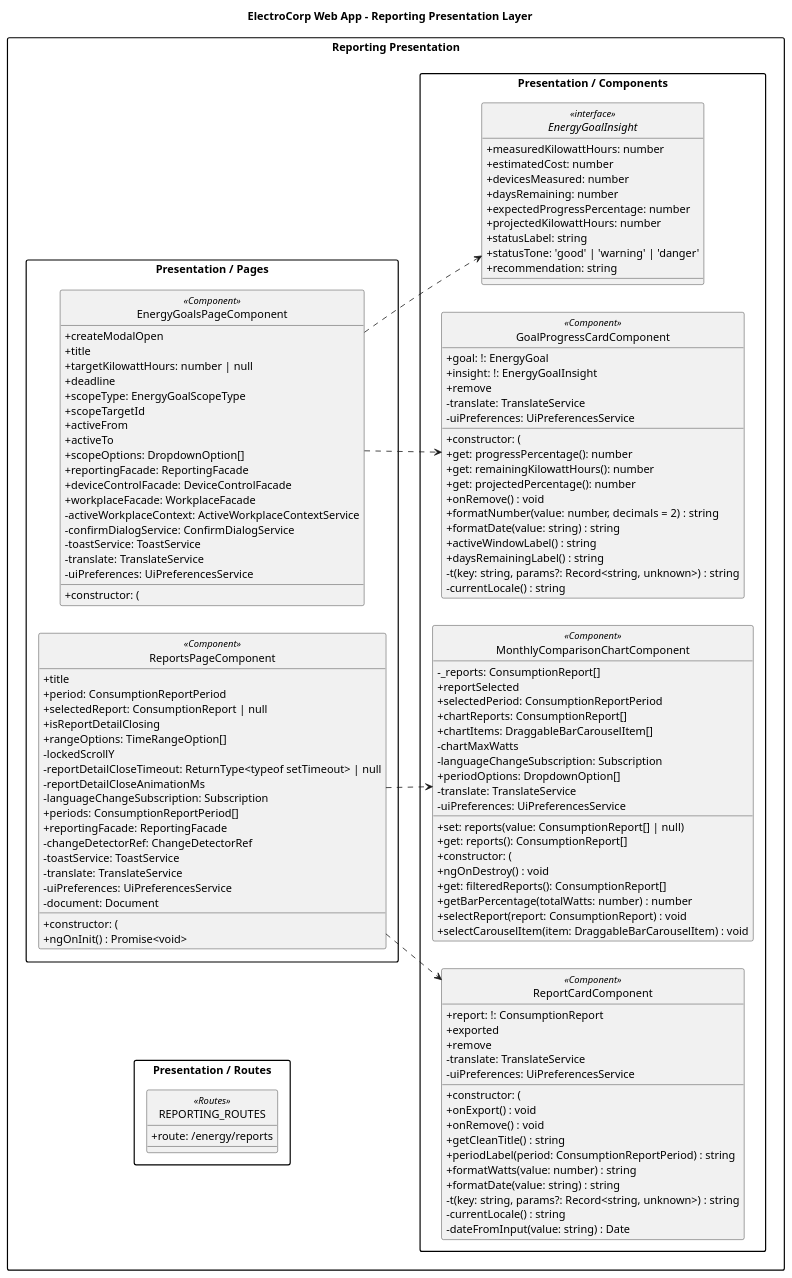
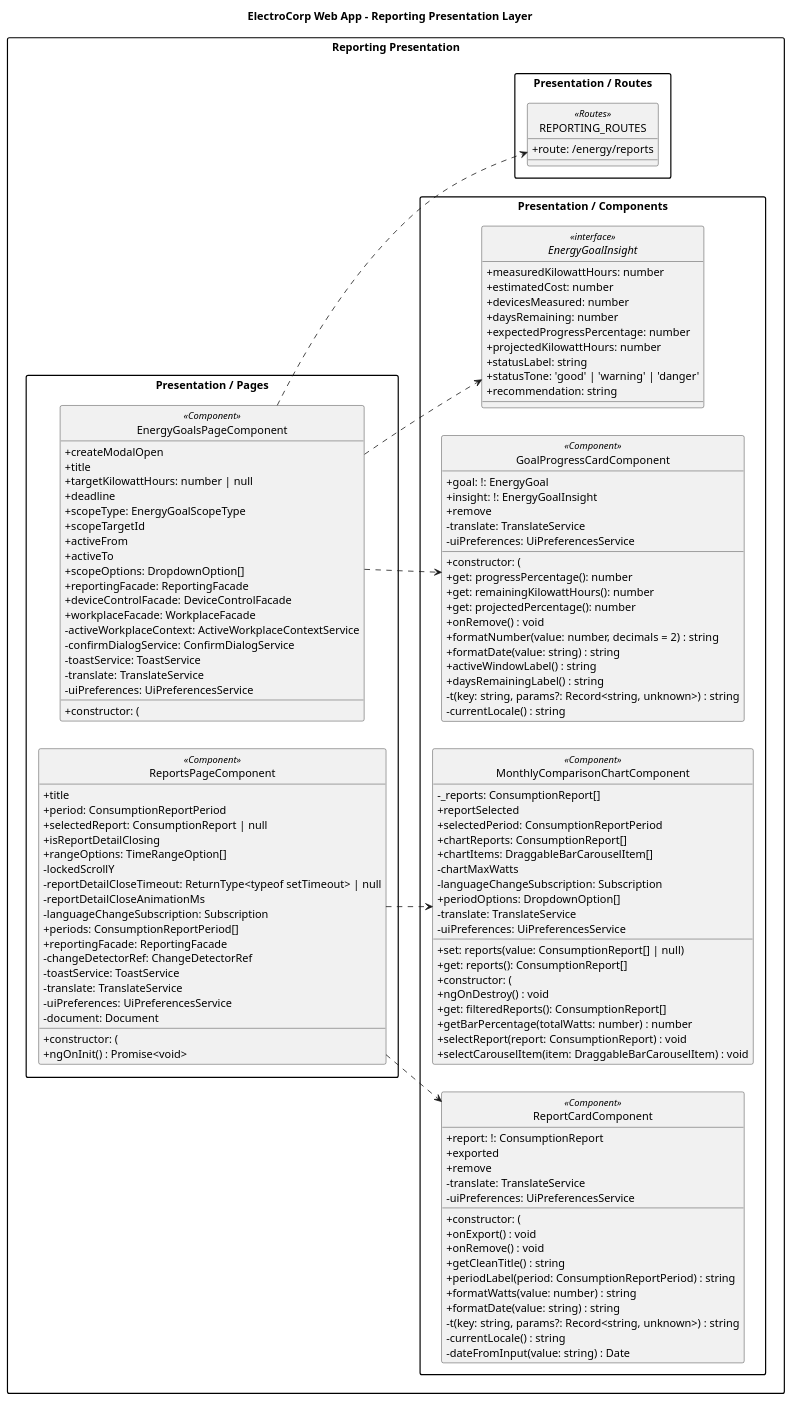
Before and after one commit to upc-pre-202610-1asi0729-11896-ecorp/electrocorp-report: the diagram in docs/diagrams/class/frontend/presentation/frontend-presentation-reporting-diagram.puml, drawn with PlantUML. The commit also changed 17 other files, not shown here.

Commit message:
docs: connect frontend class diagram elements

```diff
--- a/docs/diagrams/class/frontend/presentation/frontend-presentation-reporting-diagram.puml
+++ b/docs/diagrams/class/frontend/presentation/frontend-presentation-reporting-diagram.puml
@@ -1,132 +1,135 @@
 @startuml
 title ElectroCorp Web App - Reporting Presentation Layer
 left to right direction
 skinparam packageStyle rectangle
 skinparam shadowing false
 skinparam classAttributeIconSize 0
 hide circle
 
 package "Reporting Presentation" {
   package "Presentation / Components" {
     interface "EnergyGoalInsight" as FrontendPresentation_reporting_EnergyGoalInsight <<interface>> {
       + measuredKilowattHours: number
       + estimatedCost: number
       + devicesMeasured: number
       + daysRemaining: number
       + expectedProgressPercentage: number
       + projectedKilowattHours: number
       + statusLabel: string
       + statusTone: 'good' | 'warning' | 'danger'
       + recommendation: string
     }
     class "GoalProgressCardComponent" as FrontendPresentation_reporting_GoalProgressCardComponent <<Component>> {
       + goal: !: EnergyGoal
       + insight: !: EnergyGoalInsight
       + remove
       + constructor: (
       - translate: TranslateService
       - uiPreferences: UiPreferencesService
       + get: progressPercentage(): number
       + get: remainingKilowattHours(): number
       + get: projectedPercentage(): number
       + onRemove() : void
       + formatNumber(value: number, decimals = 2) : string
       + formatDate(value: string) : string
       + activeWindowLabel() : string
       + daysRemainingLabel() : string
       - t(key: string, params?: Record<string, unknown>) : string
       - currentLocale() : string
     }
     class "MonthlyComparisonChartComponent" as FrontendPresentation_reporting_MonthlyComparisonChartComponent <<Component>> {
       - _reports: ConsumptionReport[]
       + set: reports(value: ConsumptionReport[] | null)
       + get: reports(): ConsumptionReport[]
       + reportSelected
       + selectedPeriod: ConsumptionReportPeriod
       + chartReports: ConsumptionReport[]
       + chartItems: DraggableBarCarouselItem[]
       - chartMaxWatts
       - languageChangeSubscription: Subscription
       + periodOptions: DropdownOption[]
       + constructor: (
       - translate: TranslateService
       - uiPreferences: UiPreferencesService
       + ngOnDestroy() : void
       + get: filteredReports(): ConsumptionReport[]
       + getBarPercentage(totalWatts: number) : number
       + selectReport(report: ConsumptionReport) : void
       + selectCarouselItem(item: DraggableBarCarouselItem) : void
     }
     class "ReportCardComponent" as FrontendPresentation_reporting_ReportCardComponent <<Component>> {
       + report: !: ConsumptionReport
       + exported
       + remove
       + constructor: (
       - translate: TranslateService
       - uiPreferences: UiPreferencesService
       + onExport() : void
       + onRemove() : void
       + getCleanTitle() : string
       + periodLabel(period: ConsumptionReportPeriod) : string
       + formatWatts(value: number) : string
       + formatDate(value: string) : string
       - t(key: string, params?: Record<string, unknown>) : string
       - currentLocale() : string
       - dateFromInput(value: string) : Date
     }
   }
   package "Presentation / Pages" {
     class "EnergyGoalsPageComponent" as FrontendPresentation_reporting_EnergyGoalsPageComponent <<Component>> {
       + createModalOpen
       + title
       + targetKilowattHours: number | null
       + deadline
       + scopeType: EnergyGoalScopeType
       + scopeTargetId
       + activeFrom
       + activeTo
       + scopeOptions: DropdownOption[]
       + constructor: (
       + reportingFacade: ReportingFacade
       + deviceControlFacade: DeviceControlFacade
       + workplaceFacade: WorkplaceFacade
       - activeWorkplaceContext: ActiveWorkplaceContextService
       - confirmDialogService: ConfirmDialogService
       - toastService: ToastService
       - translate: TranslateService
       - uiPreferences: UiPreferencesService
     }
     class "ReportsPageComponent" as FrontendPresentation_reporting_ReportsPageComponent <<Component>> {
       + title
       + period: ConsumptionReportPeriod
       + selectedReport: ConsumptionReport | null
       + isReportDetailClosing
       + rangeOptions: TimeRangeOption[]
       - lockedScrollY
       - reportDetailCloseTimeout: ReturnType<typeof setTimeout> | null
       - reportDetailCloseAnimationMs
       - languageChangeSubscription: Subscription
       + periods: ConsumptionReportPeriod[]
       + constructor: (
       + reportingFacade: ReportingFacade
       - changeDetectorRef: ChangeDetectorRef
       - toastService: ToastService
       - translate: TranslateService
       - uiPreferences: UiPreferencesService
       - document: Document
       + ngOnInit() : Promise<void>
     }
   }
   package "Presentation / Routes" {
     class "REPORTING_ROUTES" as FrontendPresentation_reporting_REPORTING_ROUTES <<Routes>> {
       + route: /energy/reports
     }
   }
 }
 
 FrontendPresentation_reporting_EnergyGoalsPageComponent ..> FrontendPresentation_reporting_EnergyGoalInsight
 FrontendPresentation_reporting_EnergyGoalsPageComponent ..> FrontendPresentation_reporting_GoalProgressCardComponent
 FrontendPresentation_reporting_ReportsPageComponent ..> FrontendPresentation_reporting_MonthlyComparisonChartComponent
 FrontendPresentation_reporting_ReportsPageComponent ..> FrontendPresentation_reporting_ReportCardComponent
 
+' Relationship completion: every declared type participates in the frontend diagram.
+FrontendPresentation_reporting_EnergyGoalsPageComponent ..> FrontendPresentation_reporting_REPORTING_ROUTES
+
 @enduml
```
